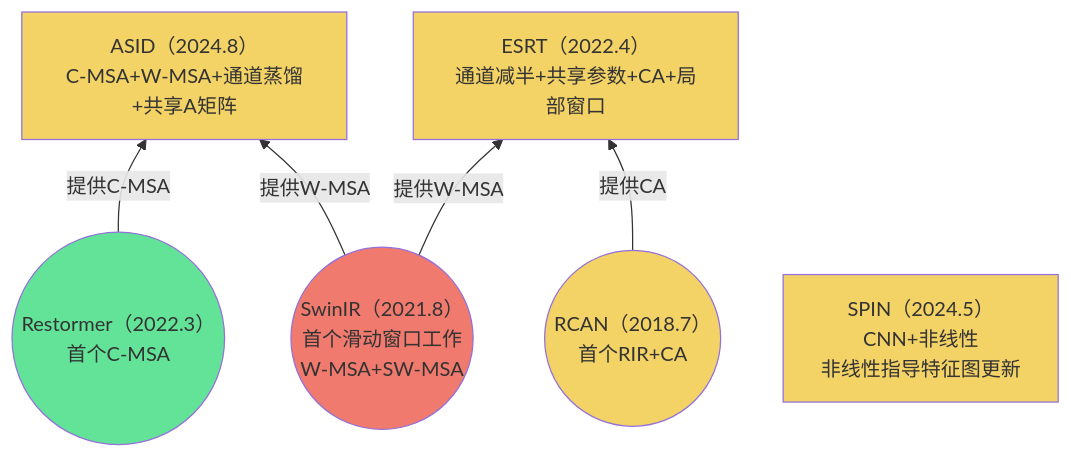
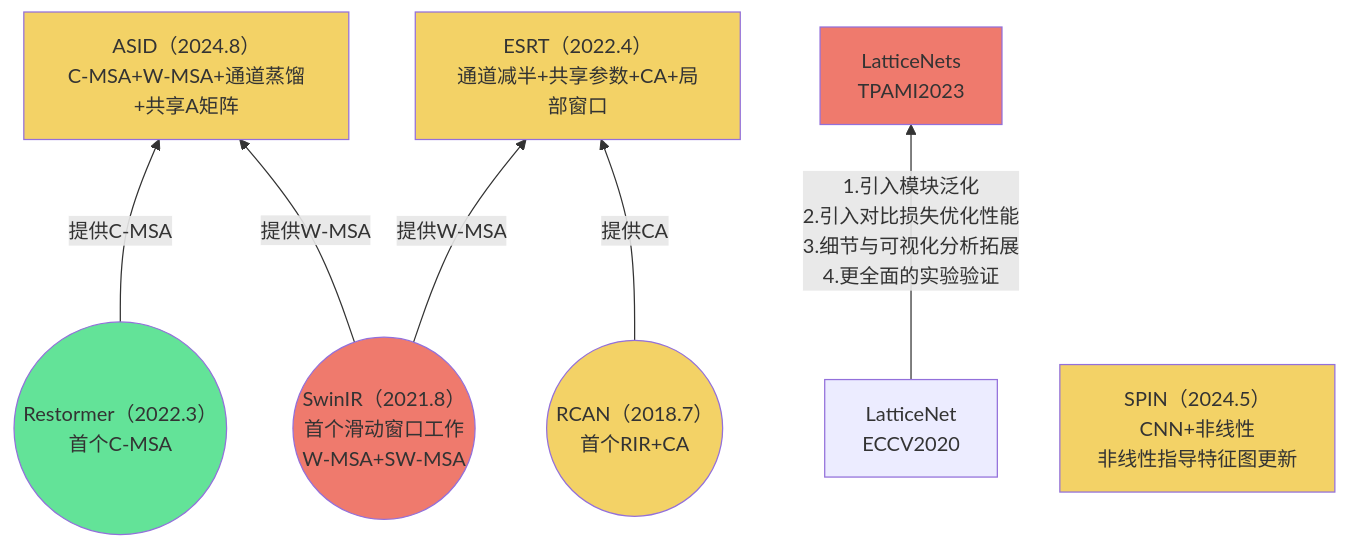
The third of 4 diagrams in CV/Lightweight/analyse.md (Elephant-King9/Paper), drawn with Mermaid before and after one commit. The commit also changed other lines of this file and 20 other files, not shown here.

````diff
--- a/CV/Lightweight/analyse.md
+++ b/CV/Lightweight/analyse.md
@@ -48,24 +50,29 @@
 ```mermaid
 flowchart BT
 		
 		Restormer-->|提供C-MSA|ASID
 		SwinIR-->|提供W-MSA|ASID
 		SwinIR-->|提供W-MSA|ESRT
 		RCAN-->|提供CA|ESRT
+		LatticeNet-->|1.引入模块泛化<br>2.引入对比损失优化性能<br>3.细节与可视化分析拓展<br>4.更全面的实验验证|LatticeNets
 		
 		SwinIR@{ shape: circle, label: "SwinIR（2021.8）<br>首个滑动窗口工作<br>W-MSA+SW-MSA" }
 				style SwinIR fill:#EF7A6D
 		Restormer@{ shape: circle, label: "Restormer（2022.3）<br>首个C-MSA" }
 				style Restormer fill:#63E398
     
     RCAN@{ shape: circle, label: "RCAN（2018.7）<br>首个RIR+CA" }
 				style RCAN fill:#F3D266
     		
     ESRT[ESRT（2022.4）<br>通道减半+共享参数+CA+局部窗口]
 				style ESRT fill:#F3D266
 		ASID[ASID（2024.8）<br>C-MSA+W-MSA+通道蒸馏+共享A矩阵]
 			style ASID fill:#F3D266
 			
 		SPIN[SPIN（2024.5）<br>CNN+非线性<br>非线性指导特征图更新]
 			style SPIN fill:#F3D266
+			
+		LatticeNet[LatticeNet<br>ECCV2020]
+		LatticeNets[LatticeNets<br>TPAMI2023]
+			style LatticeNets fill:#EF7A6D
 ```
````
